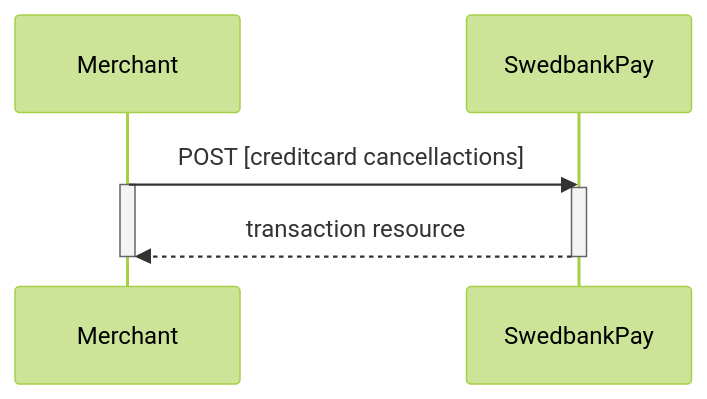
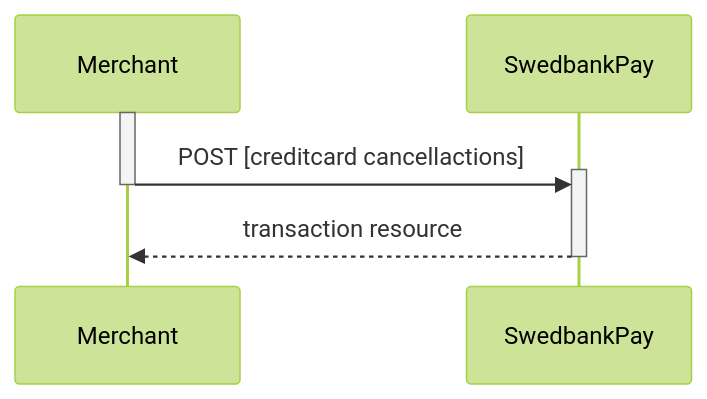
Before and after one commit to SwedbankPay/developer.swedbankpay.com: the second of 10 diagrams in payments/credit-card/after-payment.md, drawn with Mermaid (forest theme). The commit also changed other lines of this file, not shown here.

Commit message:
DX-406 added descriptions of properties, fixed sequence diagrams, added code fences, typo fix, and added links

````diff
--- a/payments/credit-card/after-payment.md
+++ b/payments/credit-card/after-payment.md
@@ -401,9 +461,8 @@
 ```mermaid
 sequenceDiagram
-  Merchant->>SwedbankPay: POST [creditcard cancellactions]
   activate Merchant
-  activate SwedbankPay
+  Merchant->>+SwedbankPay: POST [creditcard cancellactions]
+  deactivate Merchant
   SwedbankPay-->>Merchant: transaction resource
   deactivate SwedbankPay
-  deactivate Merchant
 ```
````
